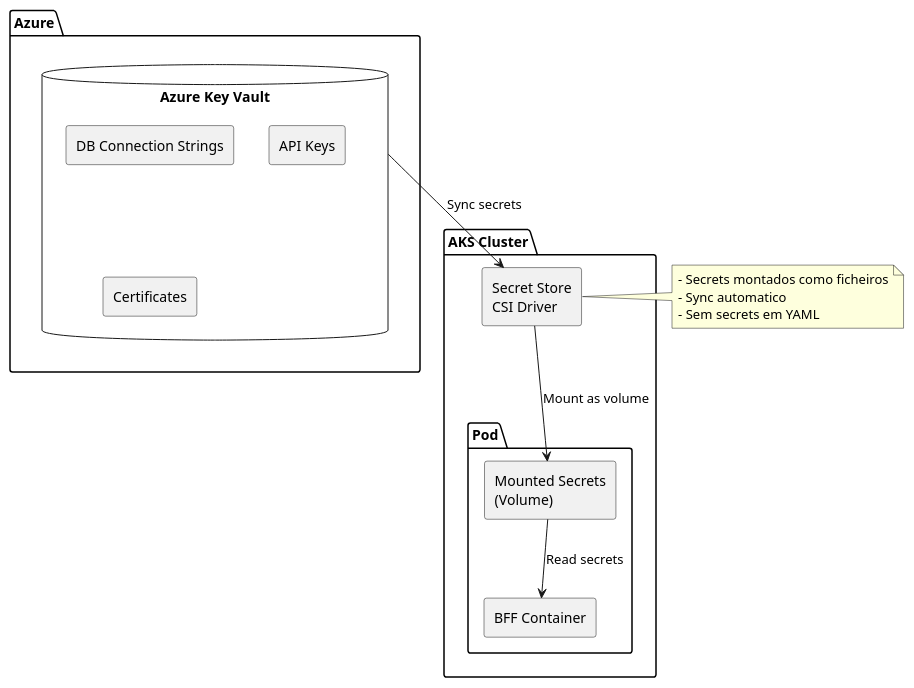
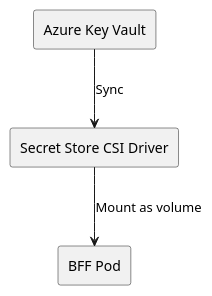
The third of 3 diagrams in current/sections/SEC-10-arquitetura-operacional.md (beduardo/novobanco_website_doc), drawn with PlantUML before and after one commit. The commit also changed other lines of this file and 7 other files, not shown here.

````diff
--- a/current/sections/SEC-10-arquitetura-operacional.md
+++ b/current/sections/SEC-10-arquitetura-operacional.md
@@ -431,33 +152,13 @@
 ```plantuml
 @startuml
 skinparam componentStyle rectangle
 
-package "Azure" {
-  database "Azure Key Vault" as KV {
-    [DB Connection Strings]
-    [API Keys]
-    [Certificates]
-  }
-}
+[Azure Key Vault] as KV
+[Secret Store CSI Driver] as CSI
+[BFF Pod] as BFF
 
-package "AKS Cluster" {
-  [Secret Store\nCSI Driver] as CSI
-
-  package "Pod" {
-    [BFF Container] as BFF
-    [Mounted Secrets\n(Volume)] as VOL
-  }
-}
-
-KV --> CSI : Sync secrets
-CSI --> VOL : Mount as volume
-VOL --> BFF : Read secrets
-
-note right of CSI
-  - Secrets montados como ficheiros
-  - Sync automatico
-  - Sem secrets em YAML
-end note
+KV --> CSI : Sync
+CSI --> BFF : Mount as volume
 
 @enduml
 ```
````
